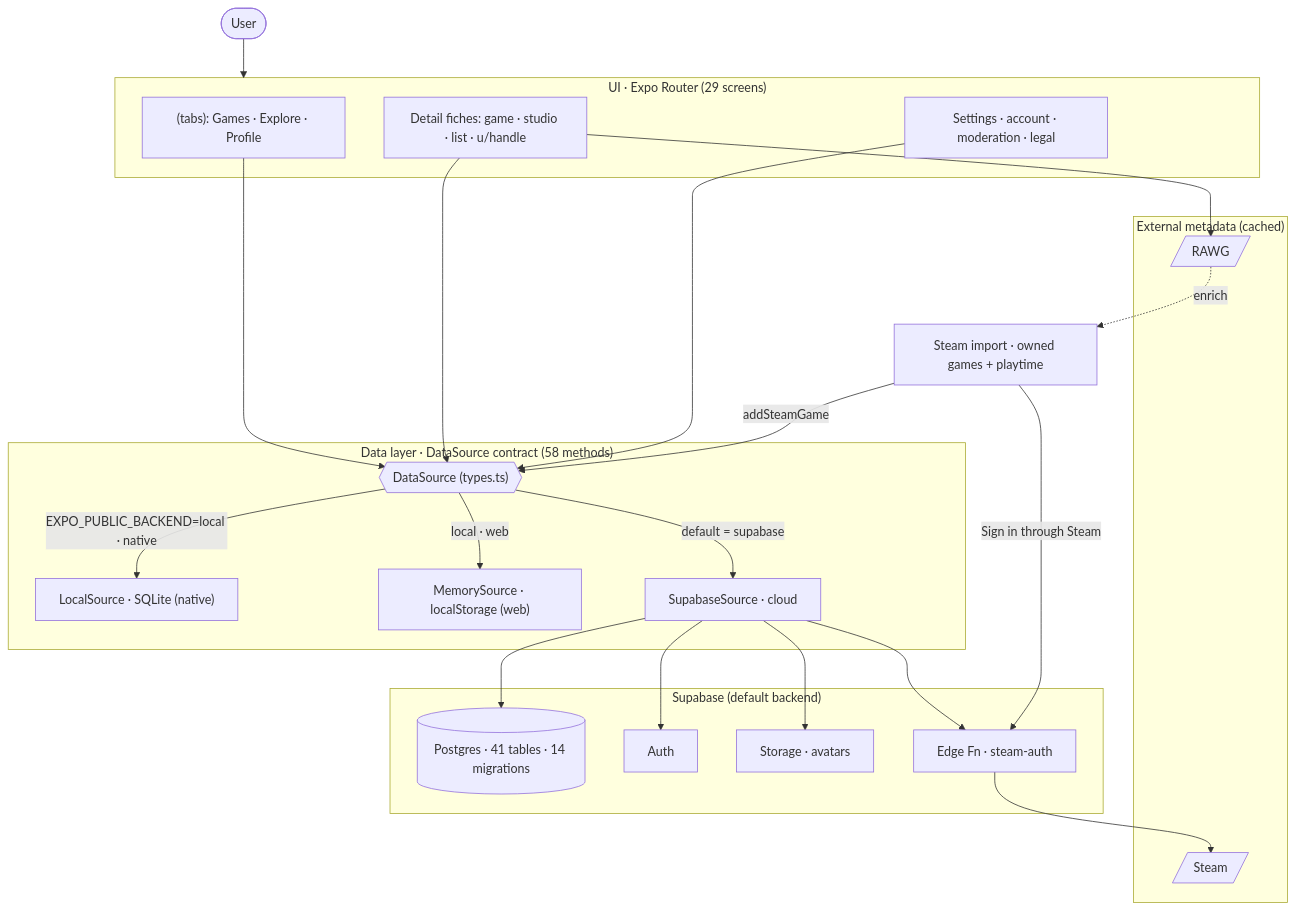
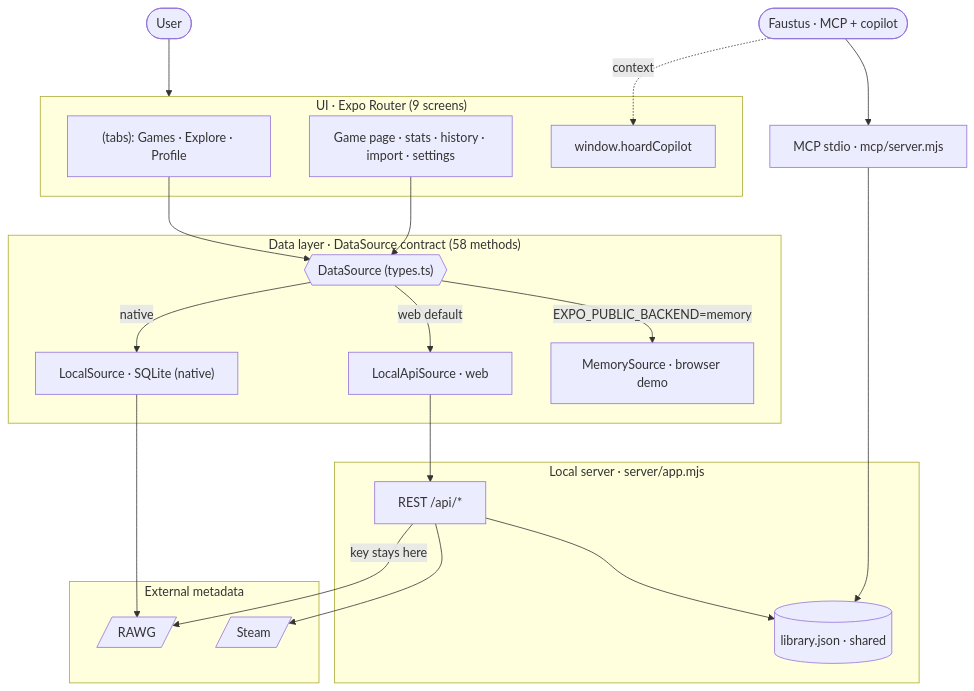
The diagram in docs/knowledge-graph/MAP.md (Luissalet/GamerHoard), drawn with Mermaid before and after one commit. The commit also changed other lines of this file and 31 other files, not shown here.

First line of the commit message:
Add the Faustus copilot context, local web app docs and manifest

````diff
--- a/docs/knowledge-graph/MAP.md
+++ b/docs/knowledge-graph/MAP.md
@@ -33,43 +30,40 @@
 ```mermaid
 %% GamerHoard architecture — auto-generated by docs/knowledge-graph/generate.mjs
 flowchart TD
   User([User])
-  subgraph UI["UI · Expo Router (29 screens)"]
+  Faustus([Faustus · MCP + copilot])
+  subgraph UI["UI · Expo Router (9 screens)"]
     Tabs["(tabs): Games · Explore · Profile"]
-    Detail["Detail fiches: game · studio · list · u/handle"]
-    Settings["Settings · account · moderation · legal"]
+    Detail["Game page · stats · history · import · settings"]
+    Cop["window.hoardCopilot"]
   end
   subgraph DATA["Data layer · DataSource contract (58 methods)"]
     DS{{"DataSource (types.ts)"}}
+    Api["LocalApiSource · web"]
     Local["LocalSource · SQLite (native)"]
-    Mem["MemorySource · localStorage (web)"]
-    Sup["SupabaseSource · cloud"]
+    Mem["MemorySource · browser demo"]
   end
-  subgraph EXT["External metadata (cached)"]
+  subgraph SRV["Local server · server/app.mjs"]
+    REST["REST /api/*"]
+    Lib[("library.json · shared")]
+  end
+  MCP["MCP stdio · mcp/server.mjs"]
+  subgraph EXT["External metadata"]
     RAWG[/RAWG/]
     Steam[/Steam/]
   end
-  subgraph CLOUD["Supabase (default backend)"]
-    PG[("Postgres · 41 tables · 14 migrations")]
-    Auth["Auth"]
-    Store["Storage · avatars"]
-    Fn["Edge Fn · steam-auth"]
-  end
-  IMP["Steam import · owned games + playtime"]
   User --> UI
   Tabs --> DS
   Detail --> DS
-  Settings --> DS
-  DS -->|default = supabase| Sup
-  DS -->|EXPO_PUBLIC_BACKEND=local · native| Local
-  DS -->|local · web| Mem
-  Sup --> PG
-  Sup --> Auth
-  Sup --> Store
-  Sup --> Fn
-  Detail --> RAWG
-  IMP -->|Sign in through Steam| Fn
-  Fn --> Steam
-  IMP -->|addSteamGame| DS
-  RAWG -.enrich.-> IMP
+  DS -->|web default| Api
+  DS -->|native| Local
+  DS -->|EXPO_PUBLIC_BACKEND=memory| Mem
+  Api --> REST
+  REST --> Lib
+  MCP --> Lib
+  Faustus --> MCP
+  Faustus -.context.-> Cop
+  REST -->|key stays here| RAWG
+  REST --> Steam
+  Local --> RAWG
 ```
````
